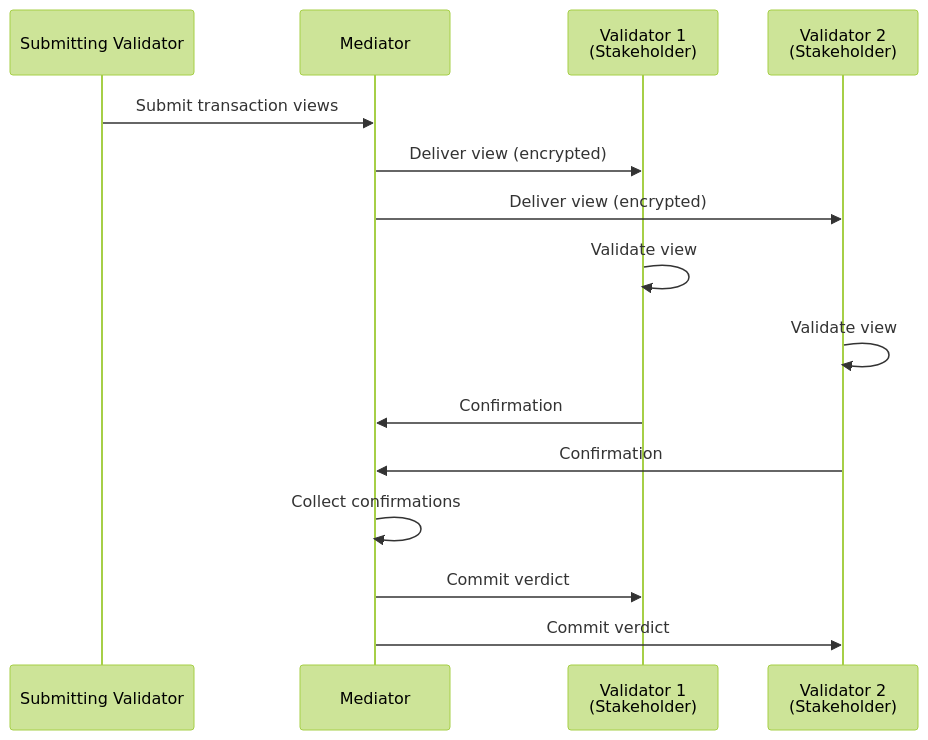
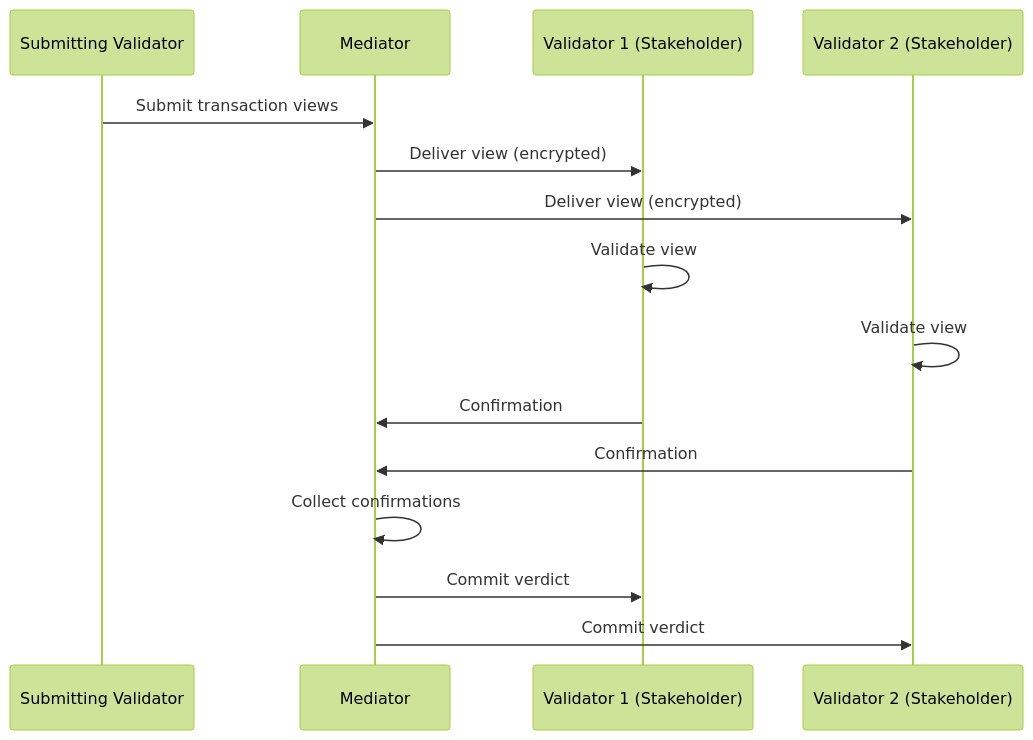
Before and after one commit to canton-network/cf-docs: the first of 3 diagrams in docs-main/overview/learn/two-layer-consensus.mdx, drawn with Mermaid (forest theme). The commit also changed other lines of this file and 1 other file, not shown here.

First line of the commit message:
Fix mermaid diagram rendering errors in trust-model and two-layer-consensus

````diff
--- a/docs-main/overview/learn/two-layer-consensus.mdx
+++ b/docs-main/overview/learn/two-layer-consensus.mdx
@@ -31,18 +31,18 @@
 ```mermaid
 sequenceDiagram
     participant Sub as Submitting Validator
     participant Med as Mediator
-    participant V1 as Validator 1<br>(Stakeholder)
-    participant V2 as Validator 2<br>(Stakeholder)
+    participant V1 as Validator 1 (Stakeholder)
+    participant V2 as Validator 2 (Stakeholder)
 
     Sub->>Med: Submit transaction views
     Med->>V1: Deliver view (encrypted)
     Med->>V2: Deliver view (encrypted)
     V1->>V1: Validate view
     V2->>V2: Validate view
     V1->>Med: Confirmation
     V2->>Med: Confirmation
     Med->>Med: Collect confirmations
     Med->>V1: Commit verdict
     Med->>V2: Commit verdict
 ```
````
